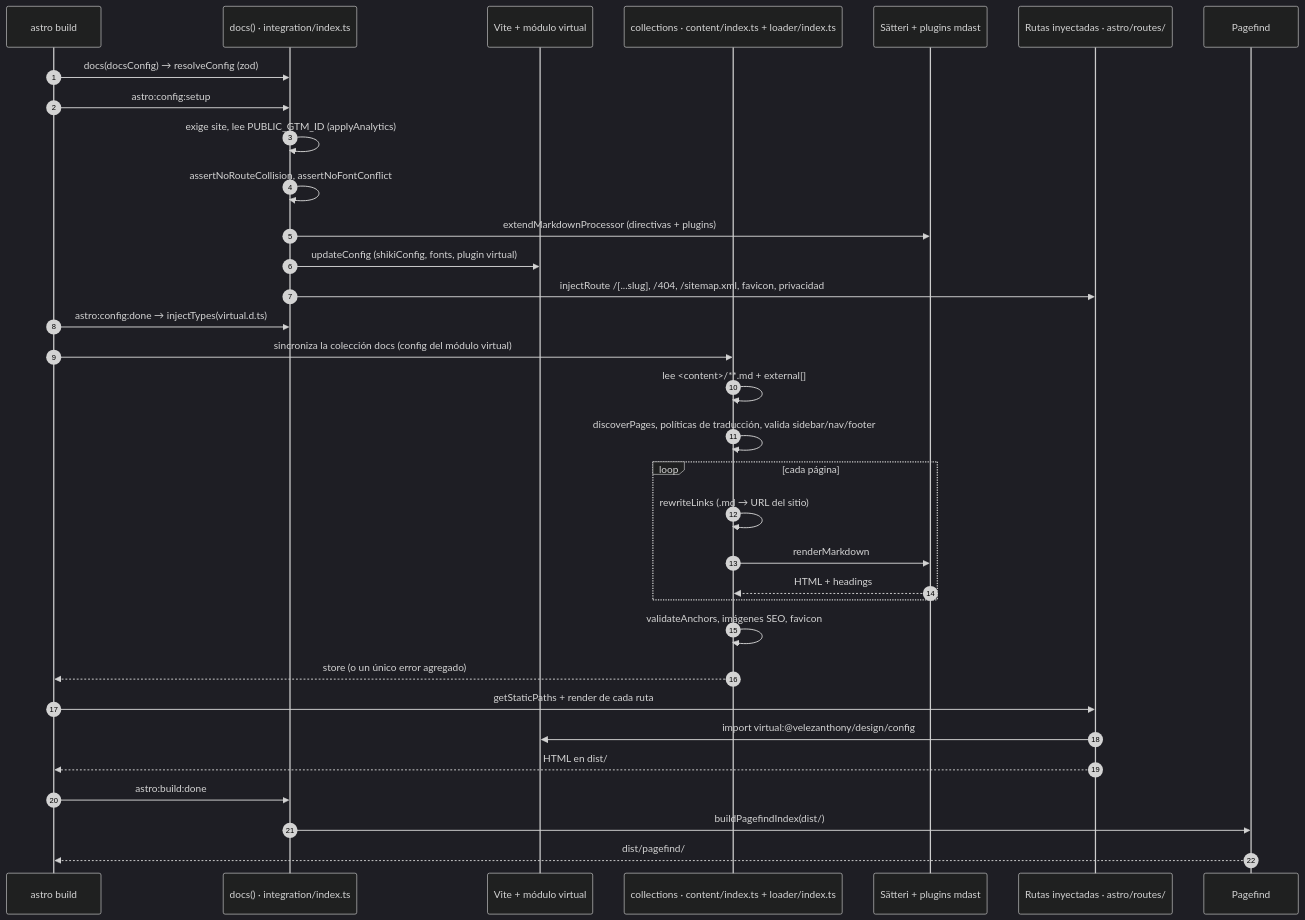
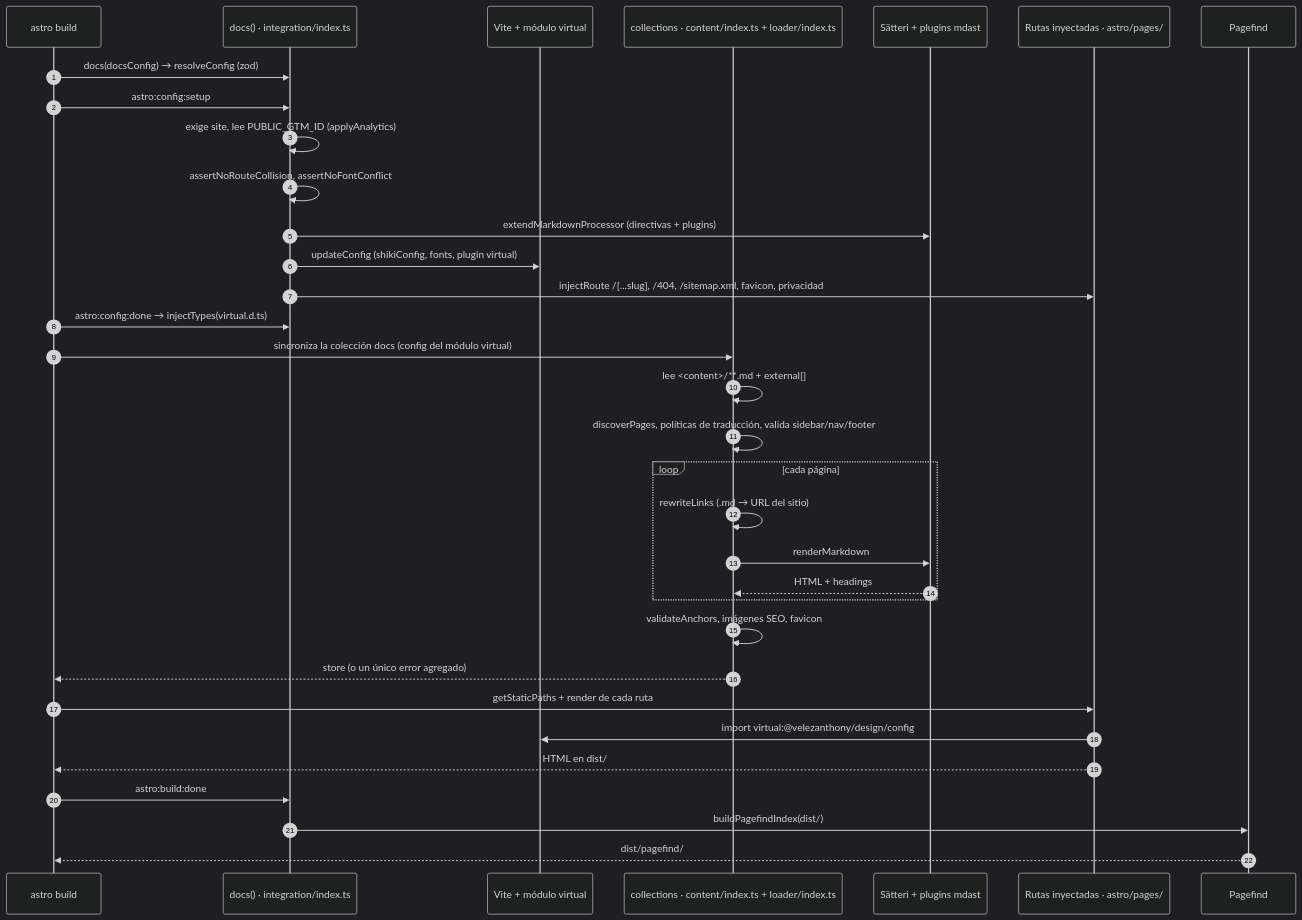
The first of 2 diagrams in docs/src/content/docs/integracion/por-dentro.md (velezanthony/design), drawn with Mermaid (dark theme) before and after one commit. The commit also changed other lines of this file and 8 other files, not shown here.

First line of the commit message:
docs(architecture): describe the pages, views and data folders of src/astro

````diff
--- a/docs/src/content/docs/integracion/por-dentro.md
+++ b/docs/src/content/docs/integracion/por-dentro.md
@@ -32,36 +32,36 @@
 ```mermaid
 sequenceDiagram
   autonumber
   participant CLI as astro build
   participant Int as docs() · integration/index.ts
   participant Vite as Vite + módulo virtual
   participant Ldr as collections · content/index.ts + loader/index.ts
   participant MD as Sätteri + plugins mdast
-  participant Rt as Rutas inyectadas · astro/routes/
+  participant Rt as Rutas inyectadas · astro/pages/
   participant PF as Pagefind
 
   CLI->>Int: docs(docsConfig) → resolveConfig (zod)
   CLI->>Int: astro:config:setup
   Int->>Int: exige site, lee PUBLIC_GTM_ID (applyAnalytics)
   Int->>Int: assertNoRouteCollision, assertNoFontConflict
   Int->>MD: extendMarkdownProcessor (directivas + plugins)
   Int->>Vite: updateConfig (shikiConfig, fonts, plugin virtual)
   Int->>Rt: injectRoute /[...slug], /404, /sitemap.xml, favicon, privacidad
   CLI->>Int: astro:config:done → injectTypes(virtual.d.ts)
   CLI->>Ldr: sincroniza la colección docs (config del módulo virtual)
   Ldr->>Ldr: lee <content>/**.md + external[]
   Ldr->>Ldr: discoverPages, políticas de traducción, valida sidebar/nav/footer
   loop cada página
     Ldr->>Ldr: rewriteLinks (.md → URL del sitio)
     Ldr->>MD: renderMarkdown
     MD-->>Ldr: HTML + headings
   end
   Ldr->>Ldr: validateAnchors, imágenes SEO, favicon
   Ldr-->>CLI: store (o un único error agregado)
   CLI->>Rt: getStaticPaths + render de cada ruta
   Rt->>Vite: import virtual:@velezanthony/design/config
   Rt-->>CLI: HTML en dist/
   CLI->>Int: astro:build:done
   Int->>PF: buildPagefindIndex(dist/)
   PF-->>CLI: dist/pagefind/
 ```
````
